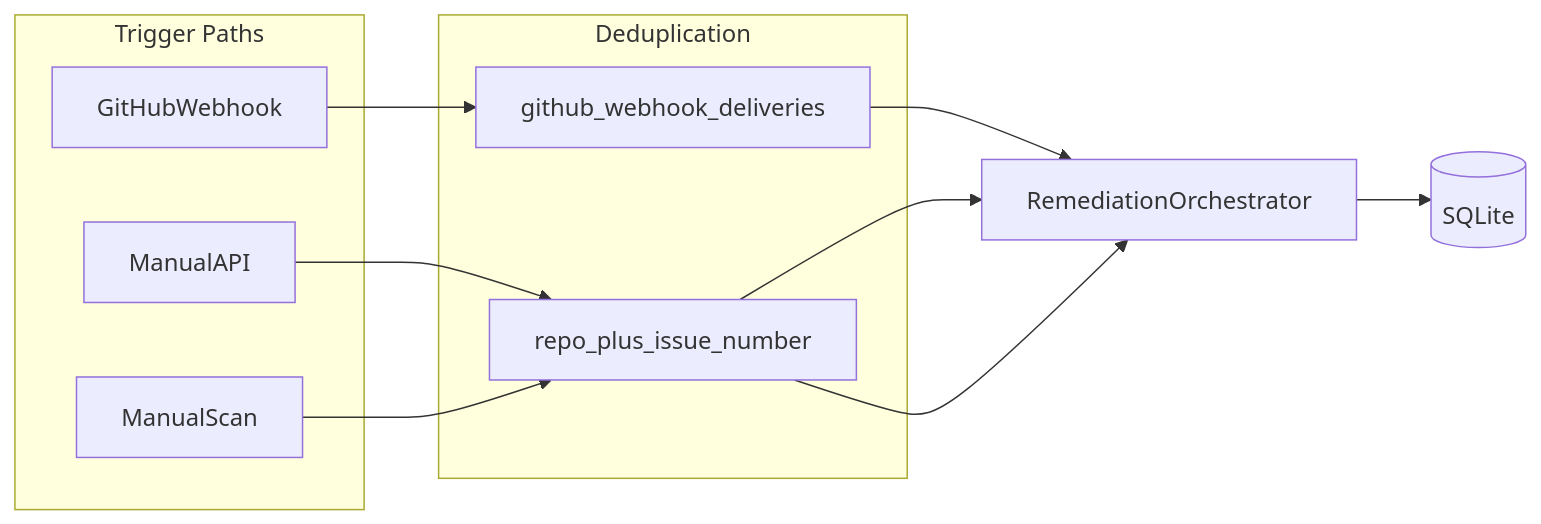
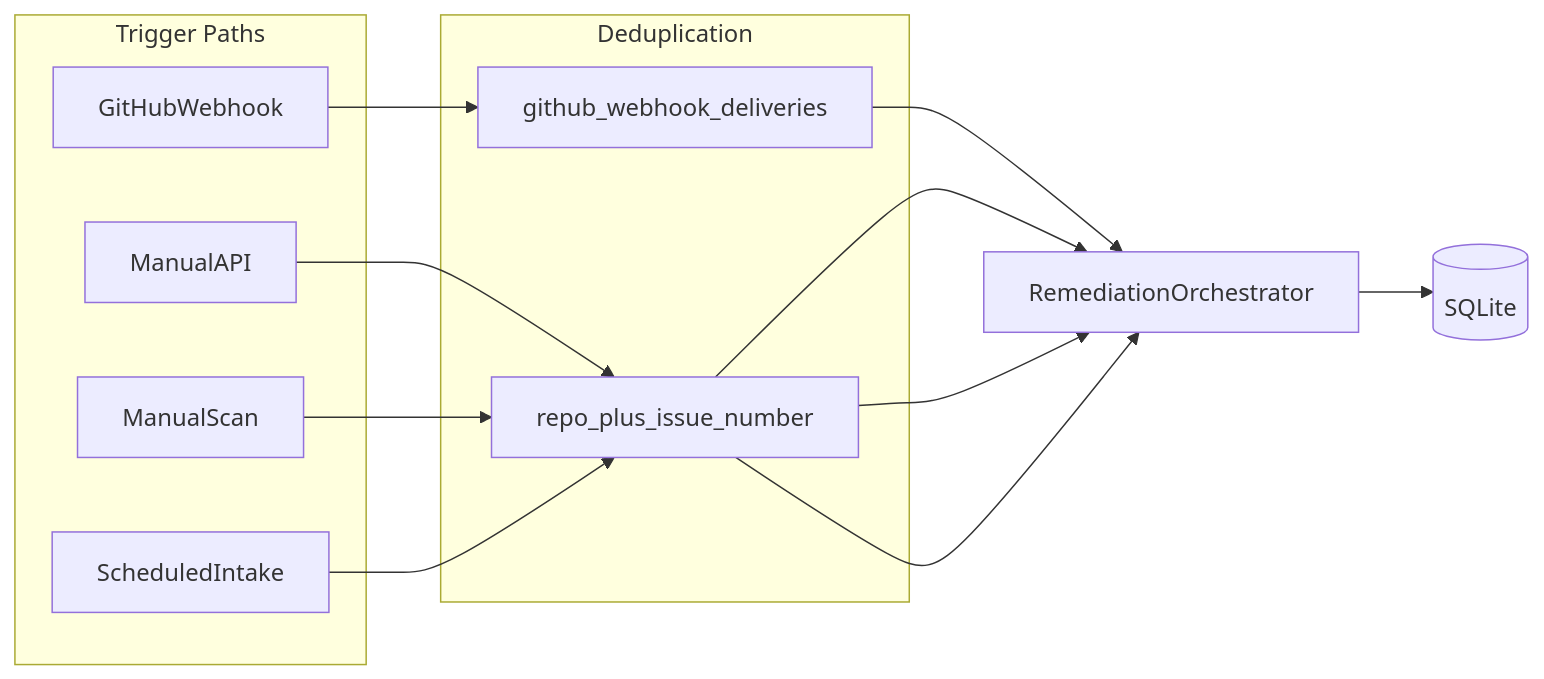
The eighth of 8 diagrams in docs/architecture.md (onefifteen-z/devin-remediation-orchestrator), drawn with Mermaid before and after one commit. The commit also changed other lines of this file and 39 other files, not shown here.

````diff
--- a/docs/architecture.md
+++ b/docs/architecture.md
@@ -187,21 +220,23 @@
 ```mermaid
 flowchart LR
   subgraph triggers [Trigger Paths]
     WH[GitHubWebhook]
     API[ManualAPI]
     SCAN[ManualScan]
+    SCHED[ScheduledIntake]
   end
 
   subgraph dedup [Deduplication]
     D1[github_webhook_deliveries]
     D2[repo_plus_issue_number]
   end
 
   ORCH[RemediationOrchestrator]
   DB[(SQLite)]
 
   WH --> D1 --> ORCH
   API --> D2 --> ORCH
   SCAN --> D2 --> ORCH
+  SCHED --> D2 --> ORCH
   ORCH --> DB
 ```
````
